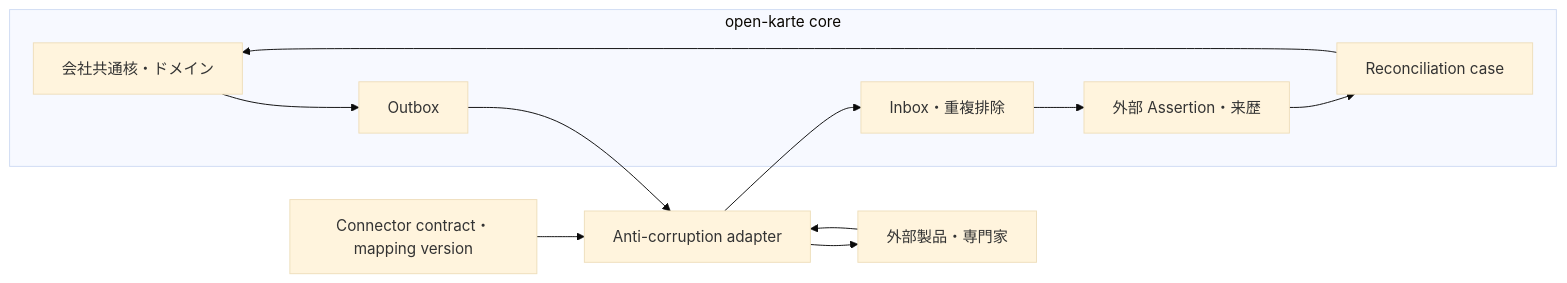
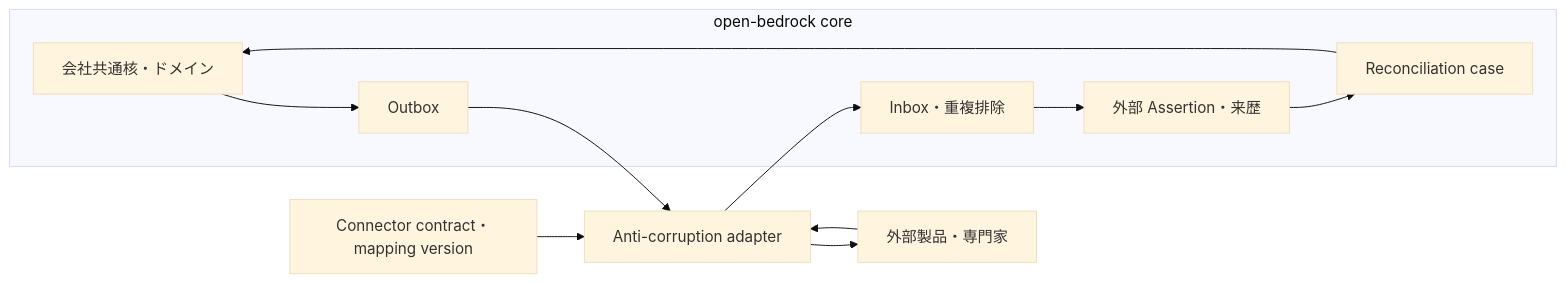
Before and after one commit to interactive-inc/open-bedrock: the first of 2 diagrams in .docs/integration-model.md, drawn with Mermaid (base theme). The commit also changed other lines of this file and 28 other files, not shown here.

Commit message:
chore: rename the product from open-karte to open-bedrock in docs and copy

````diff
--- a/.docs/integration-model.md
+++ b/.docs/integration-model.md
@@ -7,24 +7,24 @@
 ```mermaid
 flowchart LR
-  subgraph Core["open-karte core"]
+  subgraph Core["open-bedrock core"]
     Domain["会社共通核・ドメイン"]
     Outbox["Outbox"]
     Inbox["Inbox・重複排除"]
     Claims["外部 Assertion・来歴"]
     Reconcile["Reconciliation case"]
   end
 
   Contract["Connector contract・mapping version"]
   Adapter["Anti-corruption adapter"]
   External["外部製品・専門家"]
 
   Domain --> Outbox
   Outbox --> Adapter
   Contract --> Adapter
   Adapter --> External
   External --> Adapter
   Adapter --> Inbox
   Inbox --> Claims
   Claims --> Reconcile
   Reconcile --> Domain
 ```
````
